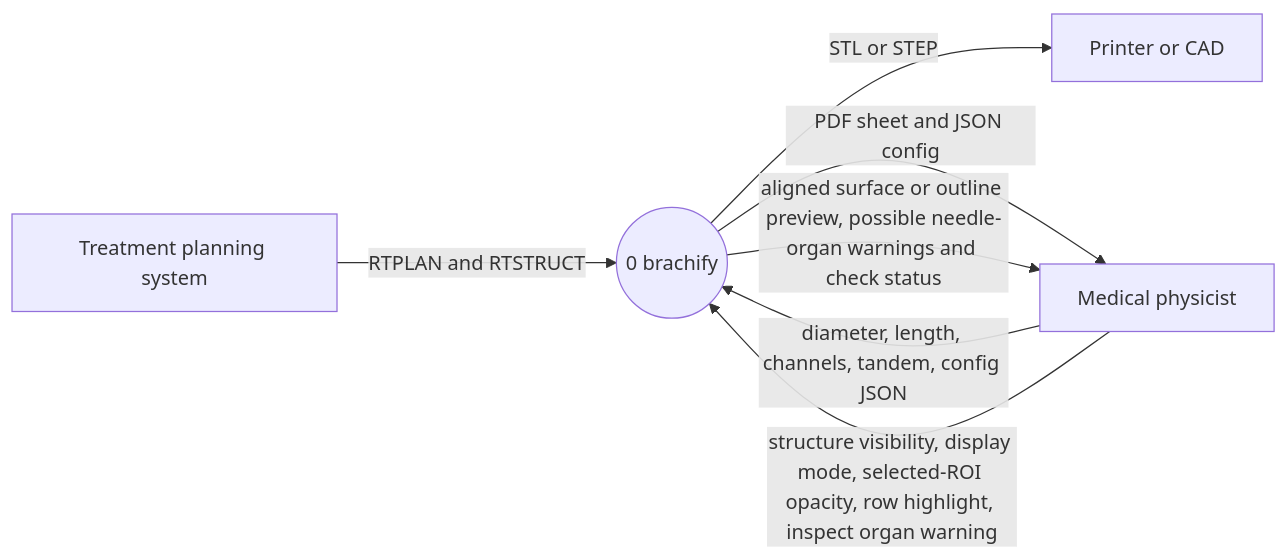
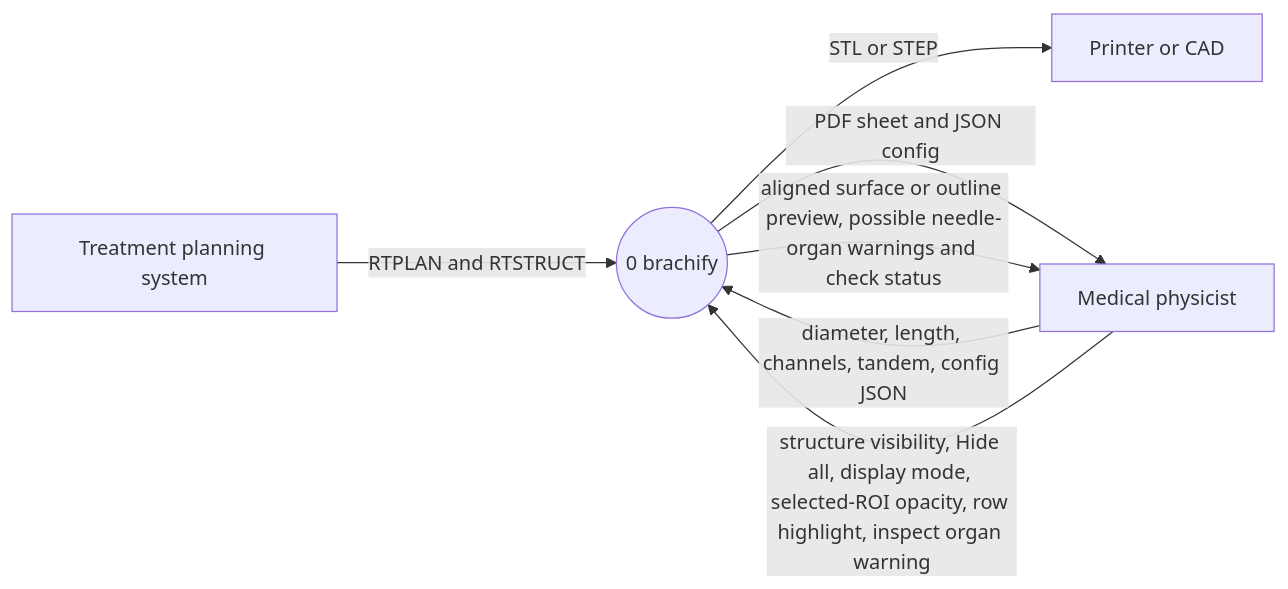
Before and after one commit to COSC-499-W2026/capstone-project-team-10: the diagram in docs/architecture/diagrams/existing-framework/dfd-0.mmd, drawn with Mermaid. The commit also changed 8 other files, not shown here.

First line of the commit message:
docs: name Hide all on the DFD and UML

```diff
--- a/docs/architecture/diagrams/existing-framework/dfd-0.mmd
+++ b/docs/architecture/diagrams/existing-framework/dfd-0.mmd
@@ -1,14 +1,14 @@
 %% title: DFD level 0
 %% alt: DFD level 0, brachify as one process
 flowchart LR
   tps["Treatment planning system"]
   physicist["Medical physicist"]
   printer["Printer or CAD"]
   brachify(("0 brachify"))
 
   tps -->|"RTPLAN and RTSTRUCT"| brachify
   physicist -->|"diameter, length, channels, tandem, config JSON"| brachify
   brachify -->|"STL or STEP"| printer
   brachify -->|"PDF sheet and JSON config"| physicist
-  physicist -->|"structure visibility, display mode, selected-ROI opacity, row highlight, inspect organ warning"| brachify
+  physicist -->|"structure visibility, Hide all, display mode, selected-ROI opacity, row highlight, inspect organ warning"| brachify
   brachify -->|"aligned surface or outline preview, possible needle-organ warnings and check status"| physicist
```
